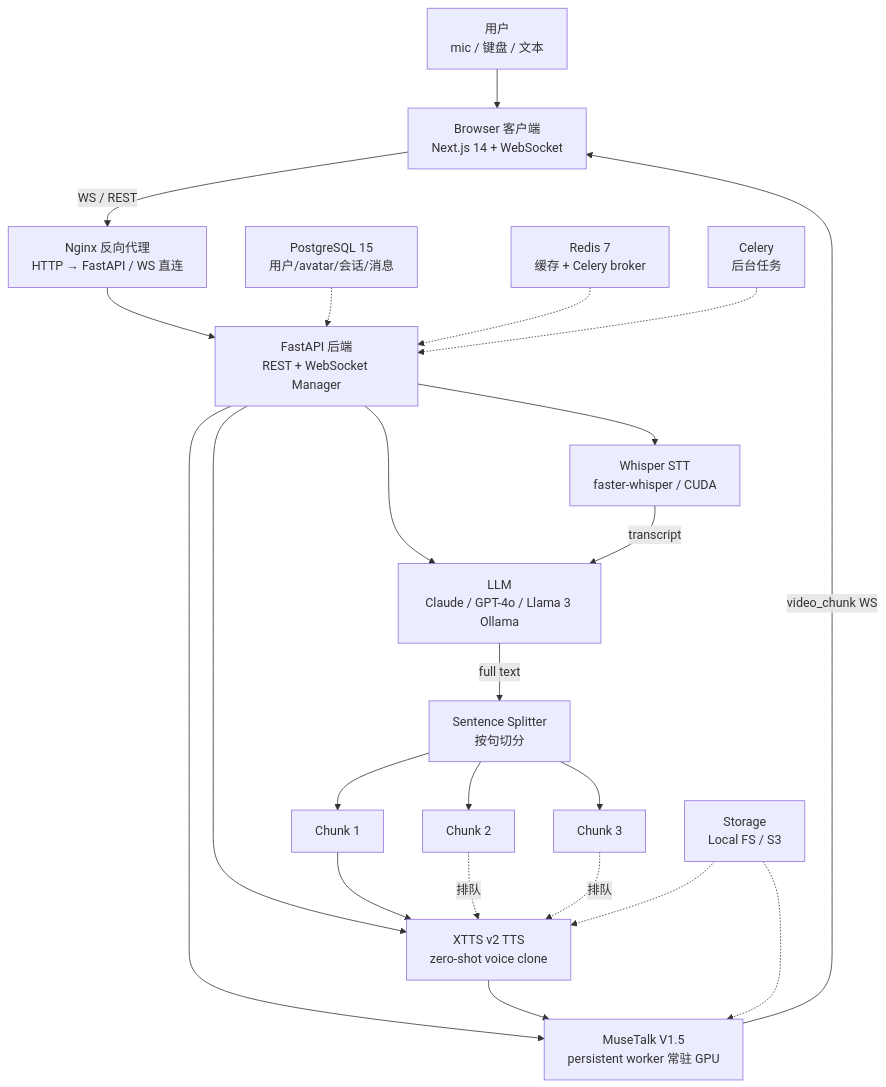
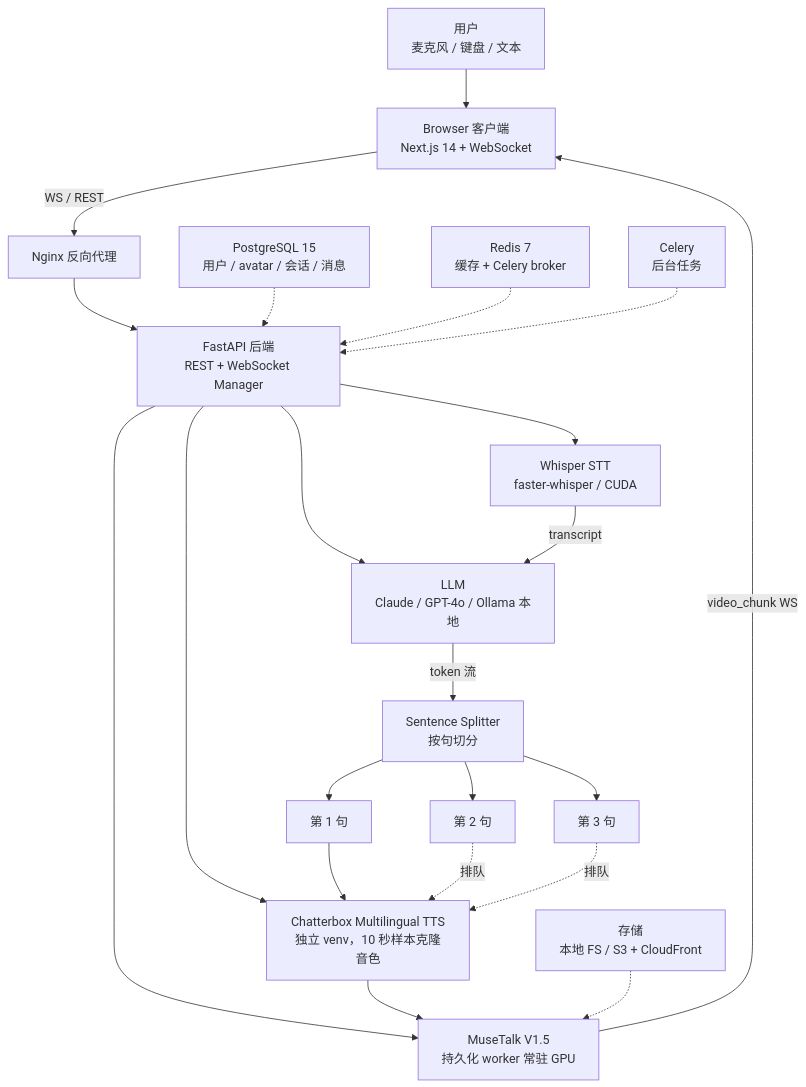
One commit to A1pha3/text-matrix changed the diagram in content/posts/tech/ai-avatar-system-realtime-talking-avatar.md. Above: the diagram before and after it, drawn with Mermaid. The commit also changed other lines of this file and 68 other files, not shown here.

````diff
--- a/content/posts/tech/ai-avatar-system-realtime-talking-avatar.md
+++ b/content/posts/tech/ai-avatar-system-realtime-talking-avatar.md
@@ -64,22 +65,21 @@
 ```mermaid
 flowchart TD
-    A[用户<br/>mic / 键盘 / 文本] --> B[Browser 客户端<br/>Next.js 14 + WebSocket]
-    B -->|WS / REST| C[Nginx 反向代理<br/>HTTP → FastAPI / WS 直连]
+    A[用户<br/>麦克风 / 键盘 / 文本] --> B[Browser 客户端<br/>Next.js 14 + WebSocket]
+    B -->|WS / REST| C[Nginx 反向代理]
     C --> D[FastAPI 后端<br/>REST + WebSocket Manager]
     D --> E1[Whisper STT<br/>faster-whisper / CUDA]
-    D --> E2[LLM<br/>Claude / GPT-4o / Llama 3 Ollama]
-    D --> E3[XTTS v2 TTS<br/>zero-shot voice clone]
-    D --> E4[MuseTalk V1.5<br/>persistent worker 常驻 GPU]
+    D --> E2[LLM<br/>Claude / GPT-4o / Ollama 本地]
+    D --> E3[Chatterbox Multilingual TTS<br/>独立 venv，10 秒样本克隆音色]
+    D --> E4[MuseTalk V1.5<br/>持久化 worker 常驻 GPU]
     E1 -->|transcript| E2
-    E2 -->|full text| F[Sentence Splitter<br/>按句切分]
-    F --> G1[Chunk 1] --> E3 --> E4
-    F --> G2[Chunk 2] -.->|排队| E3
-    F --> G3[Chunk 3] -.->|排队| E3
+    E2 -->|token 流| F[Sentence Splitter<br/>按句切分]
+    F --> G1[第 1 句] --> E3 --> E4
+    F --> G2[第 2 句] -.->|排队| E3
+    F --> G3[第 3 句] -.->|排队| E3
     E4 -->|video_chunk WS| B
 
-    H[PostgreSQL 15<br/>用户/avatar/会话/消息] -.-> D
+    H[PostgreSQL 15<br/>用户 / avatar / 会话 / 消息] -.-> D
     I[Redis 7<br/>缓存 + Celery broker] -.-> D
     J[Celery<br/>后台任务] -.-> D
-    K[Storage<br/>Local FS / S3] -.-> E3
-    K -.-> E4
+    K[存储<br/>本地 FS / S3 + CloudFront] -.-> E4
 ```
````
